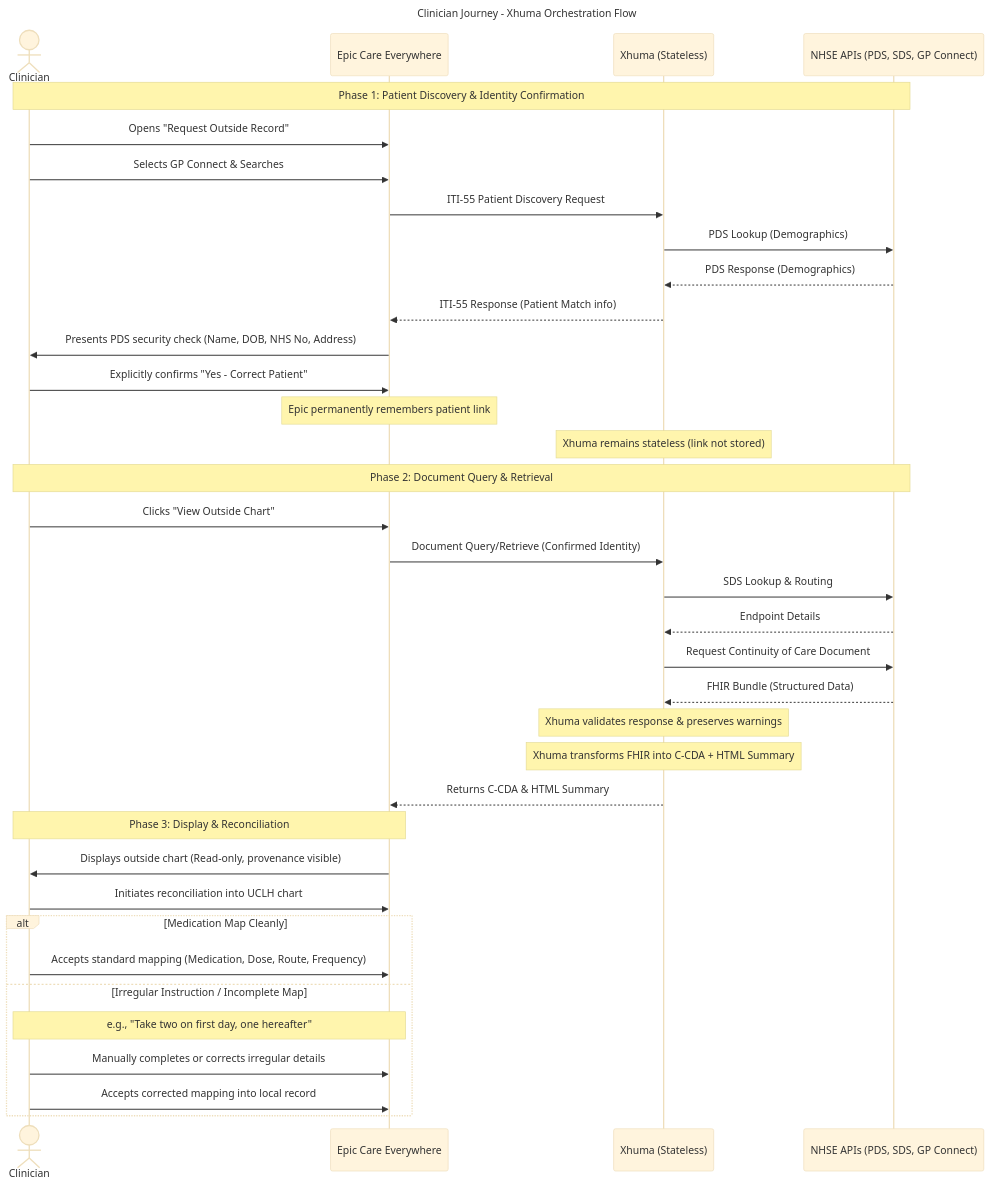
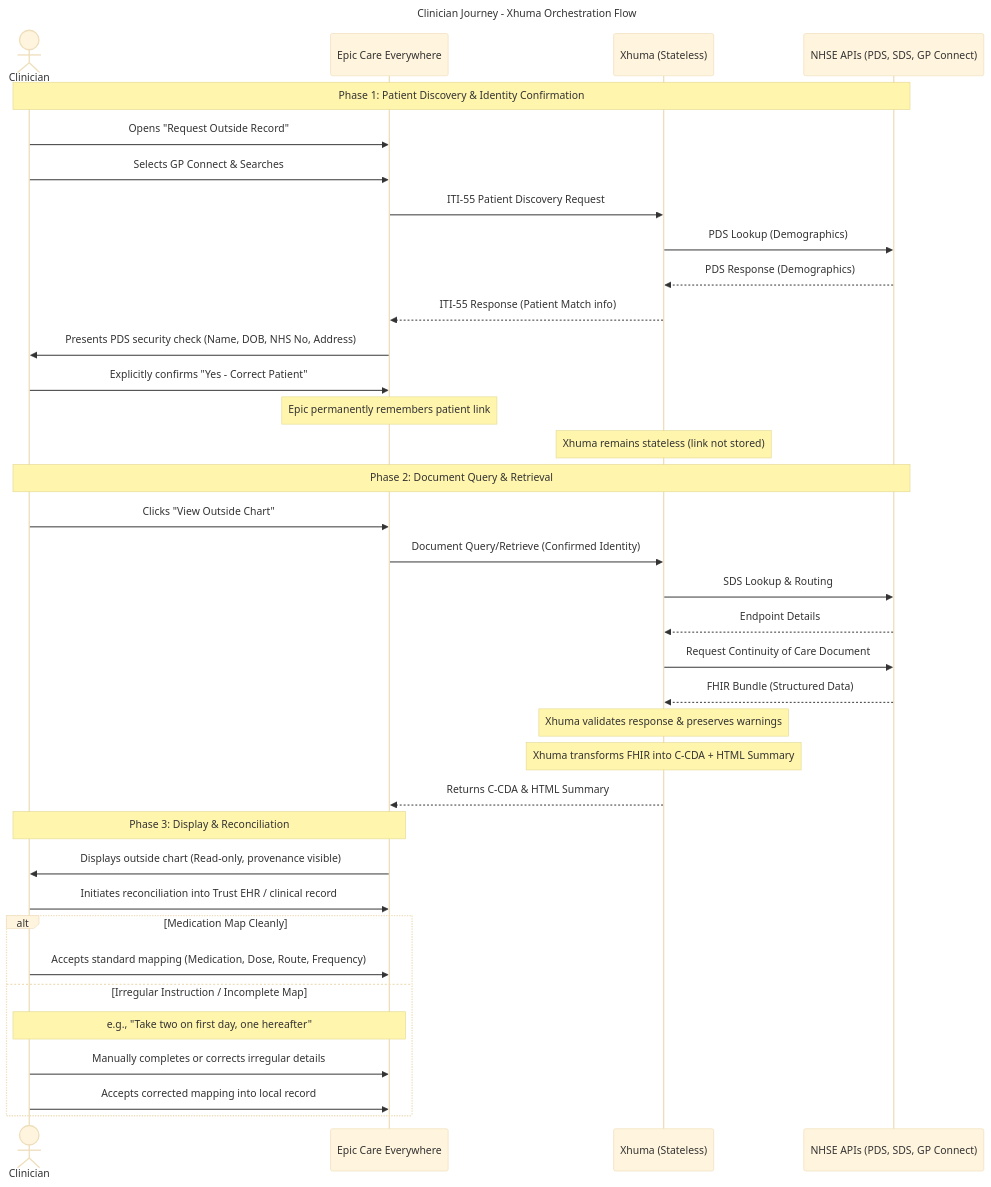
Before and after one commit to UCLH-Digital-Innovation-Hub/Xhuma: the sixth of 6 diagrams in docs/technical_architecture.md, drawn with Mermaid (base theme). The commit also changed other lines of this file and 3 other files, not shown here.

````diff
--- a/docs/technical_architecture.md
+++ b/docs/technical_architecture.md
@@ -246,50 +246,50 @@
 ```mermaid
 sequenceDiagram
     title Clinician Journey - Xhuma Orchestration Flow
     actor C as Clinician
     participant E as Epic Care Everywhere
     participant X as Xhuma (Stateless)
     participant NHSE as NHSE APIs (PDS, SDS, GP Connect)
     
     %% Phase 1: Identity Discovery & Confirmation
     note over C, NHSE: Phase 1: Patient Discovery & Identity Confirmation
     C->>E: Opens "Request Outside Record"
     C->>E: Selects GP Connect & Searches
     E->>X: ITI-55 Patient Discovery Request
     X->>NHSE: PDS Lookup (Demographics)
     NHSE-->>X: PDS Response (Demographics)
     X-->>E: ITI-55 Response (Patient Match info)
     E->>C: Presents PDS security check (Name, DOB, NHS No, Address)
     C->>E: Explicitly confirms "Yes - Correct Patient"
     
     %% State Note
     note over E: Epic permanently remembers patient link
     note over X: Xhuma remains stateless (link not stored)
     
     %% Phase 2: Document Query & Retrieve
     note over C, NHSE: Phase 2: Document Query & Retrieval
     C->>E: Clicks "View Outside Chart"
     E->>X: Document Query/Retrieve (Confirmed Identity)
     X->>NHSE: SDS Lookup & Routing
     NHSE-->>X: Endpoint Details
     X->>NHSE: Request Continuity of Care Document
     NHSE-->>X: FHIR Bundle (Structured Data)
     
     %% Transformation & Validation
     note over X: Xhuma validates response & preserves warnings
     note over X: Xhuma transforms FHIR into C-CDA + HTML Summary
     X-->>E: Returns C-CDA & HTML Summary
     
     %% Display & Reconciliation
     note over C, E: Phase 3: Display & Reconciliation
     E->>C: Displays outside chart (Read-only, provenance visible)
-    C->>E: Initiates reconciliation into UCLH chart
+    C->>E: Initiates reconciliation into Trust EHR / clinical record
     
     alt Medication Map Cleanly
         C->>E: Accepts standard mapping (Medication, Dose, Route, Frequency)
     else Irregular Instruction / Incomplete Map
         note over C, E: e.g., "Take two on first day, one hereafter"
         C->>E: Manually completes or corrects irregular details
         C->>E: Accepts corrected mapping into local record
     end
 ```
````
